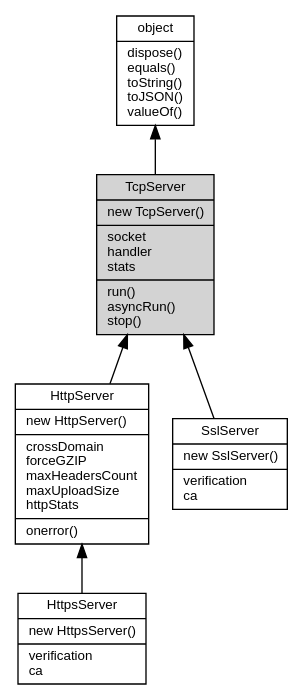
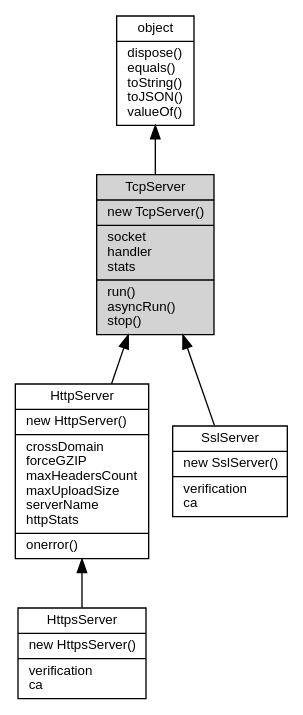
One commit to fibjs/fibjs.org changed the diagram in docs/manual/object/ifs/TcpServer.md. Above: the diagram before and after it, drawn with Graphviz. The commit also changed 14 other files, not shown here.

````diff
--- a/docs/manual/object/ifs/TcpServer.md
+++ b/docs/manual/object/ifs/TcpServer.md
@@ -20,16 +20,16 @@
 ```dot
 digraph {
     node [fontname="Helvetica,sans-Serif", fontsize=10, shape="record", style="filled", fillcolor="white"];
 
     object [tooltip="object", URL="object.md", label="{object|dispose()\lequals()\ltoString()\ltoJSON()\lvalueOf()\l}"];
     TcpServer [tooltip="TcpServer", fillcolor="lightgray", label="{TcpServer|new TcpServer()\l|socket\lhandler\lstats\l|run()\lasyncRun()\lstop()\l}"];
-    HttpServer [tooltip="HttpServer", URL="HttpServer.md", label="{HttpServer|new HttpServer()\l|crossDomain\lforceGZIP\lmaxHeadersCount\lmaxUploadSize\lhttpStats\l|onerror()\l}"];
+    HttpServer [tooltip="HttpServer", URL="HttpServer.md", label="{HttpServer|new HttpServer()\l|crossDomain\lforceGZIP\lmaxHeadersCount\lmaxUploadSize\lserverName\lhttpStats\l|onerror()\l}"];
     HttpsServer [tooltip="HttpsServer", URL="HttpsServer.md", label="{HttpsServer|new HttpsServer()\l|verification\lca\l}"];
     SslServer [tooltip="SslServer", URL="SslServer.md", label="{SslServer|new SslServer()\l|verification\lca\l}"];
 
     object -> TcpServer [dir=back];
     TcpServer -> HttpServer [dir=back];
     HttpServer -> HttpsServer [dir=back];
     TcpServer -> SslServer [dir=back];
 }
 ```
````
